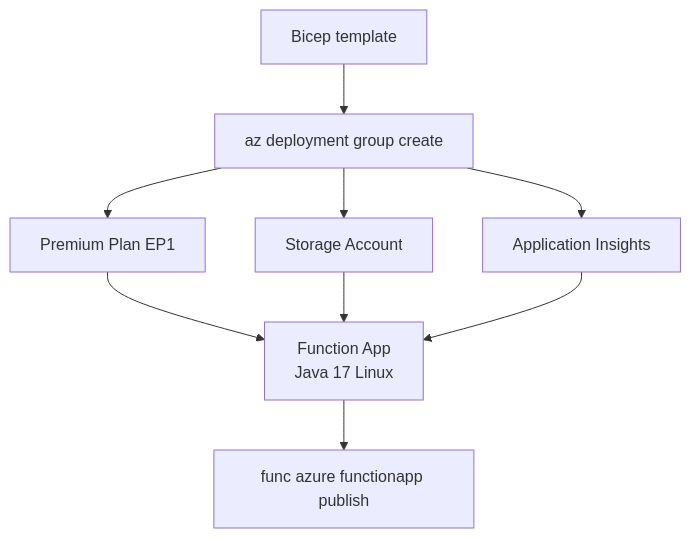
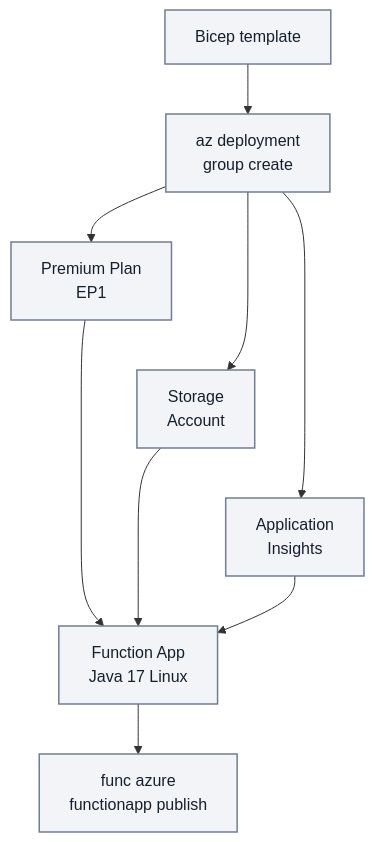
One commit to yeongseon/azure-functions-practical-guide changed the diagram in docs/language-guides/java/tutorial/premium/05-infrastructure-as-code.md. Above: the diagram before and after it, drawn with Mermaid. The commit also changed other lines of this file and 4 other files, not shown here.

First line of the commit message:
docs(diagrams): improve Java infrastructure tutorial maps (#498)

````diff
--- a/docs/language-guides/java/tutorial/premium/05-infrastructure-as-code.md
+++ b/docs/language-guides/java/tutorial/premium/05-infrastructure-as-code.md
@@ -54,11 +56,18 @@
 ```mermaid
 flowchart TD
-    A[Bicep template] --> B[az deployment group create]
-    B --> C[Premium Plan EP1]
-    B --> D[Storage Account]
-    B --> E[Application Insights]
-    C --> F[Function App\nJava 17 Linux]
+    accTitle: Java Linux Premium EP1 infrastructure map
+    accDescr: Illustrative deployment and configuration relationships for this Java 17 Linux EP1 example: Premium plan, storage and Application Insights configure the app, followed by publishing from Maven staging. Arrows are logical template inputs and tutorial stages, not network connections, serial resource creation order or proof of a successful deployment.
+    A[Bicep template] --> B["az deployment<br/>group create"]
+    B --> C["Premium Plan<br/>EP1"]
+    B --> D["Storage<br/>Account"]
+    B --> E["Application<br/>Insights"]
+    C --> F["Function App<br/>Java 17 Linux"]
     D --> F
     E --> F
-    F --> G["func azure functionapp publish"]
+    F --> G["func azure<br/>functionapp publish"]
+    %% Layout-only tiers; add no resource dependencies, steps or visible arrows.
+    C ~~~ D
+    D ~~~ E
+    classDef baseNeutral fill:#f2f4f8,stroke:#707e93,stroke-width:1.5px,color:#14202e;
+    class A,B,C,D,E,F,G baseNeutral;
 ```
````
